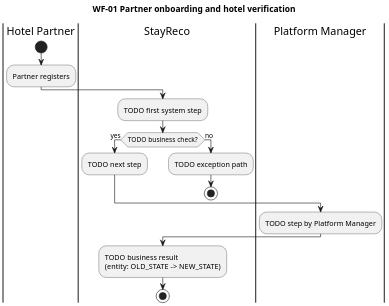
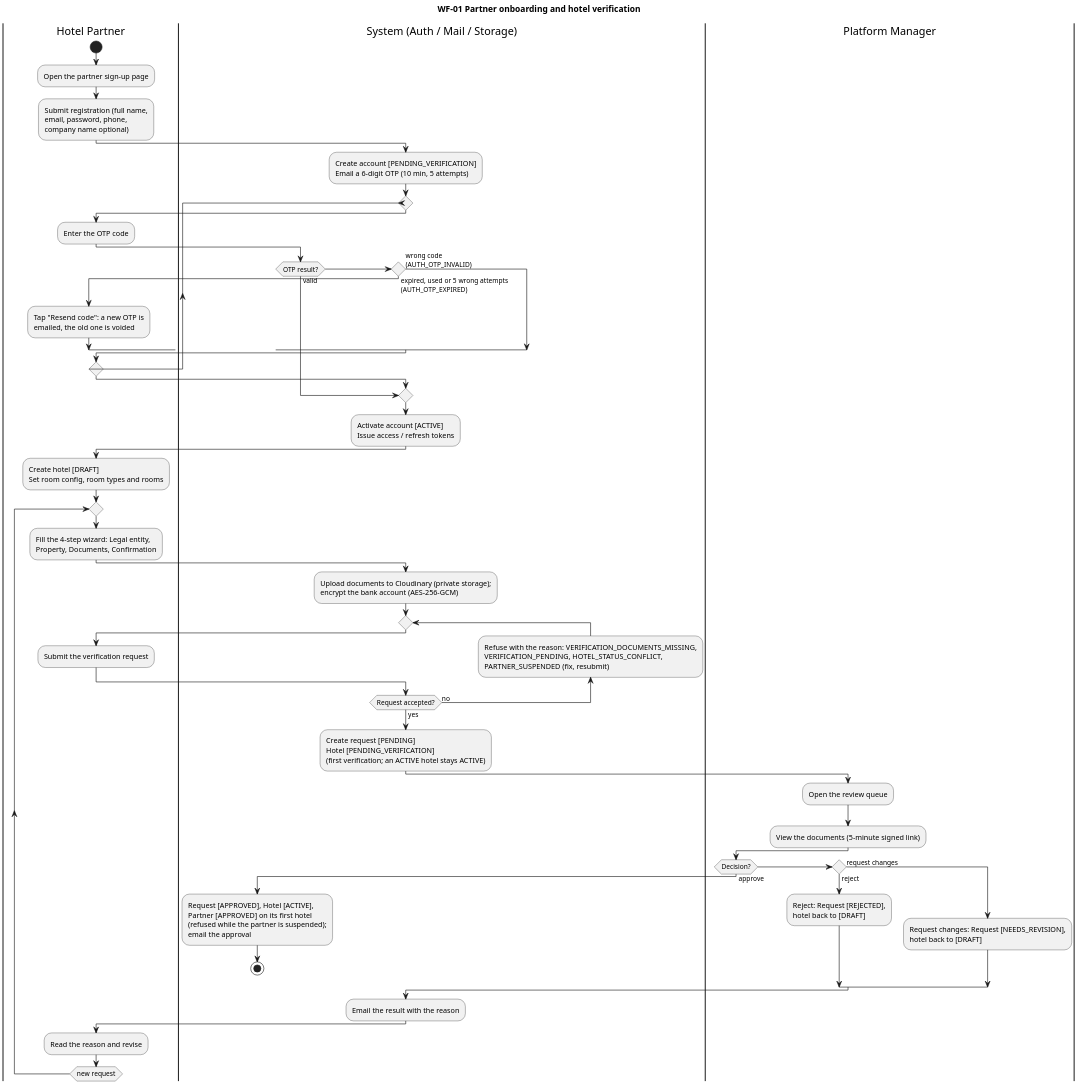
Before and after one commit to KnightChovy/stay-reco: the diagram in docs/diagrams/activity/wf01_onboarding_verification.puml, drawn with PlantUML. The commit also changed 18 other files, not shown here.

First line of the commit message:
docs: diagram sources match every Report 4 figure

```diff
--- a/docs/diagrams/activity/wf01_onboarding_verification.puml
+++ b/docs/diagrams/activity/wf01_onboarding_verification.puml
@@ -1,26 +1,61 @@
 @startuml
-' WF-01 Partner onboarding and hotel verification
-' Owner: Dinh Hoang Phuc
-' Template: replace the placeholder steps with the real flow. Keep one swimlane per actor,
-' show only business steps (no internal processing), and end with the business result and entity states.
+' WF-01 Partner onboarding and hotel verification (Report 4, Figure 12). Owner: Dinh Hoang Phuc.
+' Same steps as wf01_onboarding_verification.drawio.
 skinparam dpi 180
 skinparam defaultFontName Helvetica
 skinparam shadowing false
 title WF-01 Partner onboarding and hotel verification
+
 |Hotel Partner|
 start
-:Partner registers;
-|StayReco|
-:TODO first system step;
-if (TODO business check?) then (yes)
-  :TODO next step;
-else (no)
-  :TODO exception path;
-  stop
-endif
-|Platform Manager|
-:TODO step by Platform Manager;
-|StayReco|
-:TODO business result\n(entity: OLD_STATE -> NEW_STATE);
-stop
+:Open the partner sign-up page;
+:Submit registration (full name,\nemail, password, phone,\ncompany name optional);
+|System (Auth / Mail / Storage)|
+:Create account [PENDING_VERIFICATION]\nEmail a 6-digit OTP (10 min, 5 attempts);
+repeat
+  |Hotel Partner|
+  :Enter the OTP code;
+  |System (Auth / Mail / Storage)|
+  if (OTP result?) then (valid)
+    break
+  elseif () then (expired, used or 5 wrong attempts\n(AUTH_OTP_EXPIRED))
+    |Hotel Partner|
+    :Tap "Resend code": a new OTP is\nemailed, the old one is voided;
+  else (wrong code\n(AUTH_OTP_INVALID))
+  endif
+repeat while ()
+|System (Auth / Mail / Storage)|
+:Activate account [ACTIVE]\nIssue access / refresh tokens;
+|Hotel Partner|
+:Create hotel [DRAFT]\nSet room config, room types and rooms;
+repeat
+  :Fill the 4-step wizard: Legal entity,\nProperty, Documents, Confirmation;
+  |System (Auth / Mail / Storage)|
+  :Upload documents to Cloudinary (private storage);\nencrypt the bank account (AES-256-GCM);
+  repeat
+    |Hotel Partner|
+    :Submit the verification request;
+    |System (Auth / Mail / Storage)|
+  backward :Refuse with the reason: VERIFICATION_DOCUMENTS_MISSING,\nVERIFICATION_PENDING, HOTEL_STATUS_CONFLICT,\nPARTNER_SUSPENDED (fix, resubmit);
+  repeat while (Request accepted?) is (no) not (yes)
+  :Create request [PENDING]\nHotel [PENDING_VERIFICATION]\n(first verification; an ACTIVE hotel stays ACTIVE);
+  |Platform Manager|
+  :Open the review queue;
+  :View the documents (5-minute signed link);
+  if (Decision?) then (approve)
+    |System (Auth / Mail / Storage)|
+    :Request [APPROVED], Hotel [ACTIVE],\nPartner [APPROVED] on its first hotel\n(refused while the partner is suspended);\nemail the approval;
+    stop
+  elseif () then (reject)
+    |Platform Manager|
+    :Reject: Request [REJECTED],\nhotel back to [DRAFT];
+  else (request changes)
+    |Platform Manager|
+    :Request changes: Request [NEEDS_REVISION],\nhotel back to [DRAFT];
+  endif
+  |System (Auth / Mail / Storage)|
+  :Email the result with the reason;
+  |Hotel Partner|
+  :Read the reason and revise;
+repeat while (new request)
 @enduml
```
